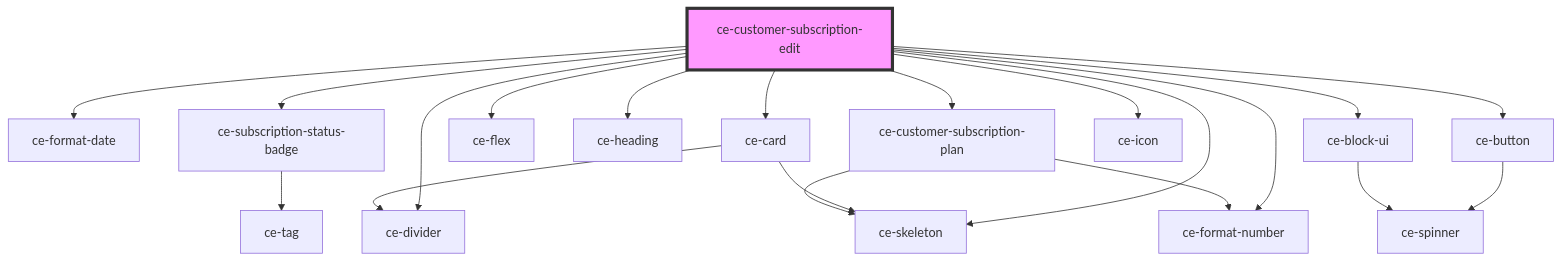
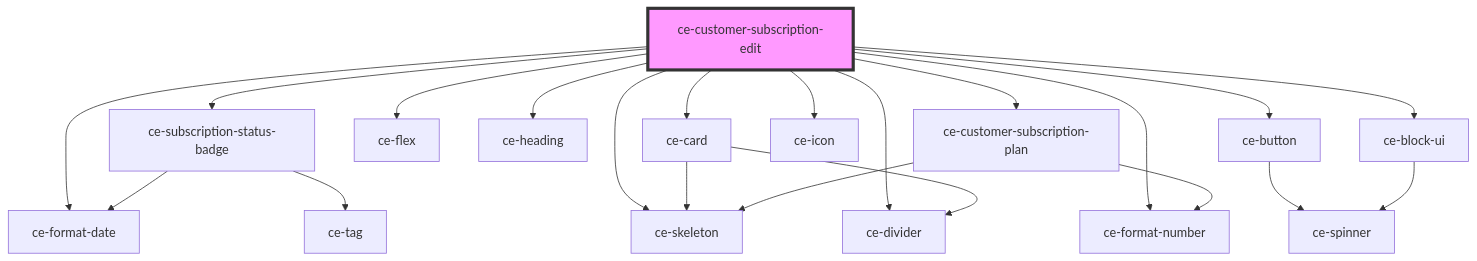
Before and after one commit to surecart/surecart-wp-plugin: the diagram in packages/components/src/components/controllers/dashboard/subscription-detail/readme.md, drawn with Mermaid. The commit also changed 48 other files, not shown here.

````diff
--- a/packages/components/src/components/controllers/dashboard/subscription-detail/readme.md
+++ b/packages/components/src/components/controllers/dashboard/subscription-detail/readme.md
@@ -53,23 +53,24 @@
 ```mermaid
 graph TD;
   ce-customer-subscription-edit --> ce-format-date
   ce-customer-subscription-edit --> ce-subscription-status-badge
   ce-customer-subscription-edit --> ce-card
   ce-customer-subscription-edit --> ce-flex
   ce-customer-subscription-edit --> ce-skeleton
   ce-customer-subscription-edit --> ce-heading
   ce-customer-subscription-edit --> ce-divider
   ce-customer-subscription-edit --> ce-format-number
   ce-customer-subscription-edit --> ce-customer-subscription-plan
   ce-customer-subscription-edit --> ce-button
   ce-customer-subscription-edit --> ce-icon
   ce-customer-subscription-edit --> ce-block-ui
+  ce-subscription-status-badge --> ce-format-date
   ce-subscription-status-badge --> ce-tag
   ce-card --> ce-skeleton
   ce-card --> ce-divider
   ce-customer-subscription-plan --> ce-skeleton
   ce-customer-subscription-plan --> ce-format-number
   ce-button --> ce-spinner
   ce-block-ui --> ce-spinner
   style ce-customer-subscription-edit fill:#f9f,stroke:#333,stroke-width:4px
 ```
````
